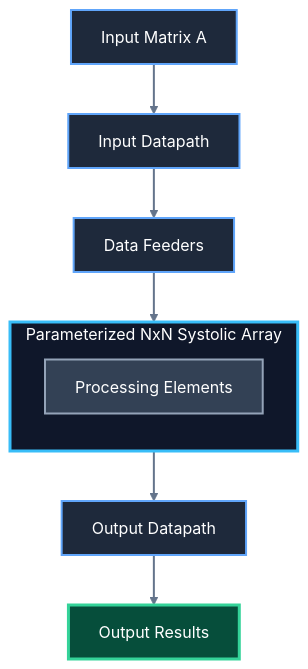
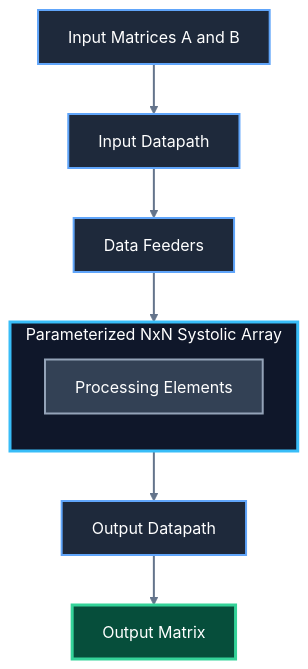
One commit to Waleed99i/chipathon-2026-systolic-ip-core changed the first of 2 diagrams in README.md. Above: the diagram before and after it, drawn with Mermaid.

Commit message:
modified Data Flow

````diff
--- a/README.md
+++ b/README.md
@@ -85,26 +85,26 @@
 ```mermaid
 flowchart TD
 
-    A[Input Matrix A] --> B[Input Datapath]
+    A[Input Matrices A and B] --> B[Input Datapath]
     B --> C[Data Feeders]
 
     C --> D
 
     subgraph D["Parameterized NxN Systolic Array"]
         direction TB
         E[Processing Elements]
     end
 
     D --> F[Output Datapath]
-    F --> G[Output Results]
+    F --> G[Output Matrix]
 
     style A fill:#1e293b,stroke:#60a5fa,stroke-width:2px,color:#fff
     style B fill:#1e293b,stroke:#60a5fa,stroke-width:2px,color:#fff
     style C fill:#1e293b,stroke:#60a5fa,stroke-width:2px,color:#fff
     style D fill:#0f172a,stroke:#38bdf8,stroke-width:3px,color:#fff
     style E fill:#334155,stroke:#94a3b8,stroke-width:2px,color:#fff
     style F fill:#1e293b,stroke:#60a5fa,stroke-width:2px,color:#fff
     style G fill:#064e3b,stroke:#34d399,stroke-width:3px,color:#fff
 
     linkStyle default stroke:#64748b,stroke-width:2px
 ```
````
